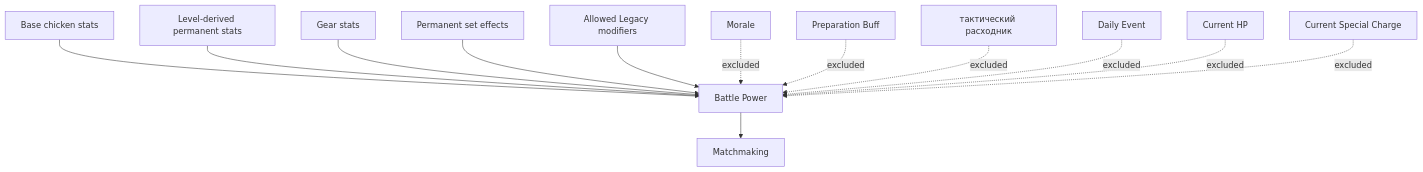
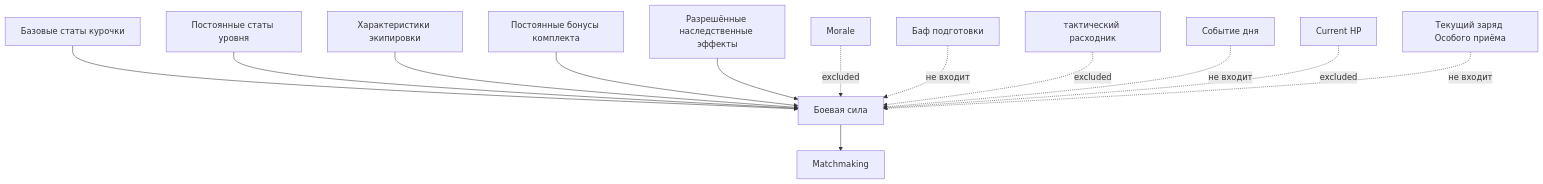
Before and after one commit to gselfman/QuRa-Game-Design: the fifth of 10 diagrams in GAME_DEPENDENCY_GRAPH.md, drawn with Mermaid. The commit also changed other lines of this file, not shown here.

Commit message:
docs(P7): fix mistranslations and remove GE payout from dependency diagram

````diff
--- a/GAME_DEPENDENCY_GRAPH.md
+++ b/GAME_DEPENDENCY_GRAPH.md
@@ -492,17 +492,17 @@
 ```mermaid
 flowchart TD
-    A[Base chicken stats] --> BP[Battle Power]
-    B[Level-derived permanent stats] --> BP
-    C[Gear stats] --> BP
-    D[Permanent set effects] --> BP
-    E[Allowed Legacy modifiers] --> BP
+    A[Базовые статы курочки] --> BP[Боевая сила]
+    B[Постоянные статы уровня] --> BP
+    C[Характеристики экипировки] --> BP
+    D[Постоянные бонусы комплекта] --> BP
+    E[Разрешённые наследственные эффекты] --> BP
 
     F[Morale] -. excluded .-> BP
-    G[Preparation Buff] -. excluded .-> BP
+    G[Баф подготовки] -. не входит .-> BP
     H[тактический расходник] -. excluded .-> BP
-    I[Daily Event] -. excluded .-> BP
+    I[Событие дня] -. не входит .-> BP
     J[Current HP] -. excluded .-> BP
-    K[Current Special Charge] -. excluded .-> BP
+    K[Текущий заряд Особого приёма] -. не входит .-> BP
 
     BP --> MM[Matchmaking]
 ```
````
